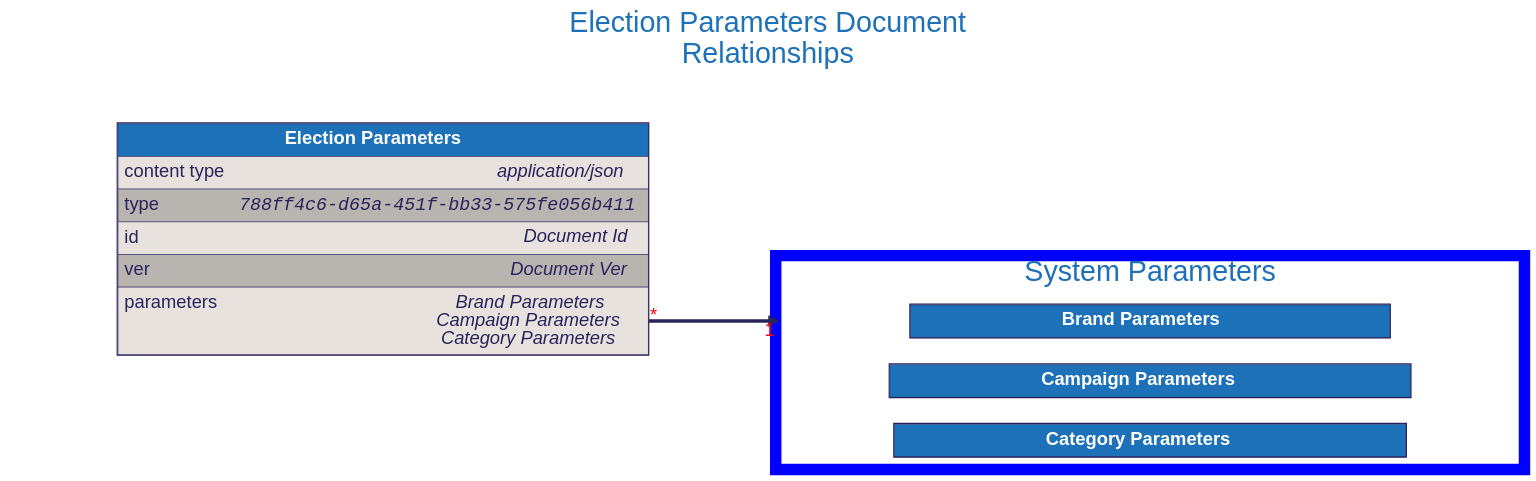
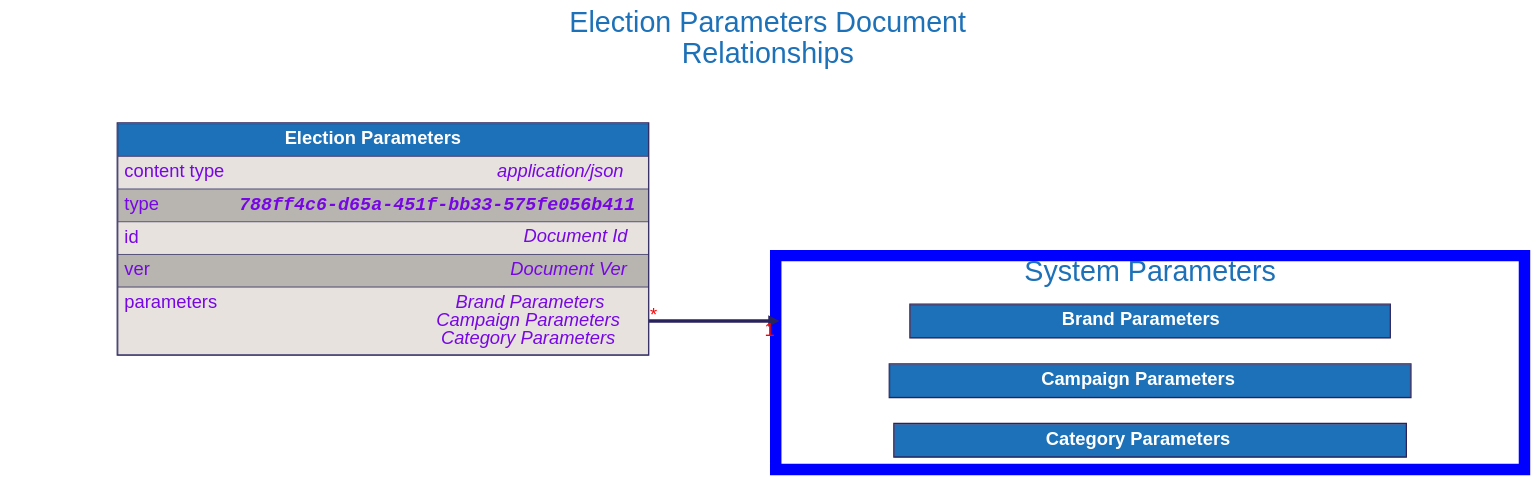
The diagram in docs/src/architecture/08_concepts/signed_doc/diagrams/election_parameters.dot (input-output-hk/catalyst-libs), drawn with Graphviz before and after one commit. The commit also changed 15 other files, not shown here.

```diff
--- a/docs/src/architecture/08_concepts/signed_doc/diagrams/election_parameters.dot
+++ b/docs/src/architecture/08_concepts/signed_doc/diagrams/election_parameters.dot
@@ -1,133 +1,133 @@
 digraph "Election Parameters" {
     rankdir="LR"
     graph [fontname="helvetica", fontsize="32", fontcolor="#29235c", bgcolor="white"];
     node [penwidth="0", margin="0", fontname="helvetica", fontsize="32", fontcolor="#29235c"];
     edge [fontname="helvetica", fontsize="32", fontcolor="red", color="#29235c"];
 
     labelloc="t"
     label="Election Parameters Document
 Relationships"
     fontcolor="#1d71b8"
     fontsize=50
     compound=true
 
 
 
     subgraph cluster_system_parameters {
         label = "System Parameters";
         color=blue
         penwidth=20
 
         "Brand Parameters" [
             id="Brand Parameters";
             label=<
                 <TABLE BORDER="2" COLOR="#29235c" CELLBORDER="1" CELLSPACING="0" CELLPADDING="10">
                 <TR>
                     <TD PORT="title" BGCOLOR="#1d71b8" HREF="../brand_parameters/">
                         <FONT COLOR="#ffffff"><B> Brand Parameters </B></FONT>
                     </TD>
                 </TR>
 
                 </TABLE>
             >
         ];
 
 
         "Campaign Parameters" [
             id="Campaign Parameters";
             label=<
                 <TABLE BORDER="2" COLOR="#29235c" CELLBORDER="1" CELLSPACING="0" CELLPADDING="10">
                 <TR>
                     <TD PORT="title" BGCOLOR="#1d71b8" HREF="../campaign_parameters/">
                         <FONT COLOR="#ffffff"><B> Campaign Parameters </B></FONT>
                     </TD>
                 </TR>
 
                 </TABLE>
             >
         ];
 
 
         "Category Parameters" [
             id="Category Parameters";
             label=<
                 <TABLE BORDER="2" COLOR="#29235c" CELLBORDER="1" CELLSPACING="0" CELLPADDING="10">
                 <TR>
                     <TD PORT="title" BGCOLOR="#1d71b8" HREF="../category_parameters/">
                         <FONT COLOR="#ffffff"><B> Category Parameters </B></FONT>
                     </TD>
                 </TR>
 
                 </TABLE>
             >
         ];
 
     }
 
     "Election Parameters" [
         id="Election Parameters";
         label=<
             <TABLE BORDER="2" COLOR="#29235c" CELLBORDER="1" CELLSPACING="0" CELLPADDING="10">
             <TR>
                 <TD PORT="title" BGCOLOR="#1d71b8" HREF="../election_parameters/">
                     <FONT COLOR="#ffffff"><B> Election Parameters </B></FONT>
                 </TD>
             </TR>
             <TR>
                 <TD ALIGN="LEFT" PORT="content type" BGCOLOR="#e7e2dd">
                     <TABLE CELLPADDING="0" CELLSPACING="0" BORDER="0">
                         <TR>
-                            <TD ALIGN="LEFT" VALIGN="TOP" WIDTH="200"><FONT>content type</FONT></TD>
-                            <TD ALIGN="RIGHT"><FONT><I>application/json</I></FONT></TD>
+                            <TD ALIGN="LEFT" VALIGN="TOP" WIDTH="200"><FONT COLOR="#7706E5">content type</FONT></TD>
+                            <TD ALIGN="RIGHT"><FONT COLOR="#7706E5"><I>application/json</I></FONT></TD>
                         </TR>
                     </TABLE>
                 </TD>
             </TR>
             <TR>
                 <TD ALIGN="LEFT" PORT="type" BGCOLOR="#b8b5b0">
                     <TABLE CELLPADDING="0" CELLSPACING="0" BORDER="0">
                         <TR>
-                            <TD ALIGN="LEFT" VALIGN="TOP" WIDTH="200"><FONT>type</FONT></TD>
-                            <TD ALIGN="RIGHT"><FONT FACE="Courier"><I>788ff4c6-d65a-451f-bb33-575fe056b411</I></FONT></TD>
+                            <TD ALIGN="LEFT" VALIGN="TOP" WIDTH="200"><FONT COLOR="#7706E5">type</FONT></TD>
+                            <TD ALIGN="RIGHT"><FONT FACE="Courier" COLOR="#7706E5"><B><I>788ff4c6-d65a-451f-bb33-575fe056b411</I></B></FONT></TD>
                         </TR>
                     </TABLE>
                 </TD>
             </TR>
             <TR>
                 <TD ALIGN="LEFT" PORT="id" BGCOLOR="#e7e2dd">
                     <TABLE CELLPADDING="0" CELLSPACING="0" BORDER="0">
                         <TR>
-                            <TD ALIGN="LEFT" VALIGN="TOP" WIDTH="200"><FONT>id</FONT></TD>
-                            <TD ALIGN="RIGHT"><FONT><I>Document Id</I></FONT></TD>
+                            <TD ALIGN="LEFT" VALIGN="TOP" WIDTH="200"><FONT COLOR="#7706E5">id</FONT></TD>
+                            <TD ALIGN="RIGHT"><FONT COLOR="#7706E5"><I>Document Id</I></FONT></TD>
                         </TR>
                     </TABLE>
                 </TD>
             </TR>
             <TR>
                 <TD ALIGN="LEFT" PORT="ver" BGCOLOR="#b8b5b0">
                     <TABLE CELLPADDING="0" CELLSPACING="0" BORDER="0">
                         <TR>
-                            <TD ALIGN="LEFT" VALIGN="TOP" WIDTH="200"><FONT>ver</FONT></TD>
-                            <TD ALIGN="RIGHT"><FONT><I>Document Ver</I></FONT></TD>
+                            <TD ALIGN="LEFT" VALIGN="TOP" WIDTH="200"><FONT COLOR="#7706E5">ver</FONT></TD>
+                            <TD ALIGN="RIGHT"><FONT COLOR="#7706E5"><I>Document Ver</I></FONT></TD>
                         </TR>
                     </TABLE>
                 </TD>
             </TR>
             <TR>
                 <TD ALIGN="LEFT" PORT="parameters" BGCOLOR="#e7e2dd">
                     <TABLE CELLPADDING="0" CELLSPACING="0" BORDER="0">
                         <TR>
-                            <TD ALIGN="LEFT" VALIGN="TOP" WIDTH="200"><FONT>parameters</FONT></TD>
-                            <TD ALIGN="RIGHT"><FONT><I>Brand Parameters<BR />Campaign Parameters<BR />Category Parameters</I></FONT></TD>
+                            <TD ALIGN="LEFT" VALIGN="TOP" WIDTH="200"><FONT COLOR="#7706E5">parameters</FONT></TD>
+                            <TD ALIGN="RIGHT"><FONT COLOR="#7706E5"><I>Brand Parameters<BR />Campaign Parameters<BR />Category Parameters</I></FONT></TD>
                         </TR>
                     </TABLE>
                 </TD>
             </TR>
 
             </TABLE>
         >
     ];
 
 
     "Election Parameters":"parameters":e -> "Brand Parameters" [dir=forward, penwidth=6, color="#29235c", headlabel="1", taillabel="*", lhead="cluster_system_parameters"]
 }
```
